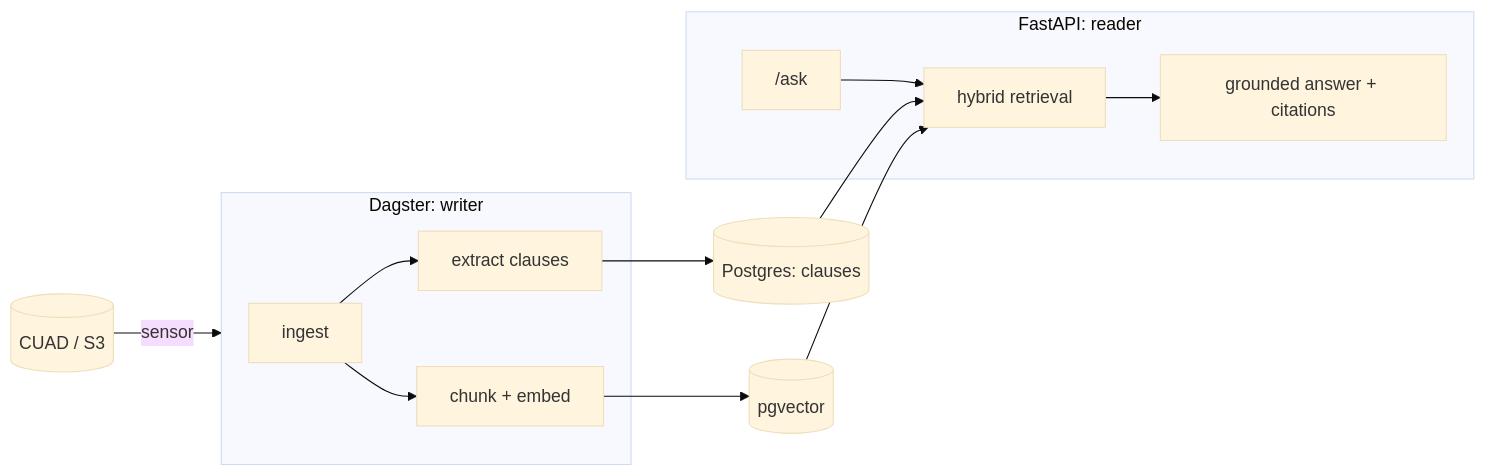
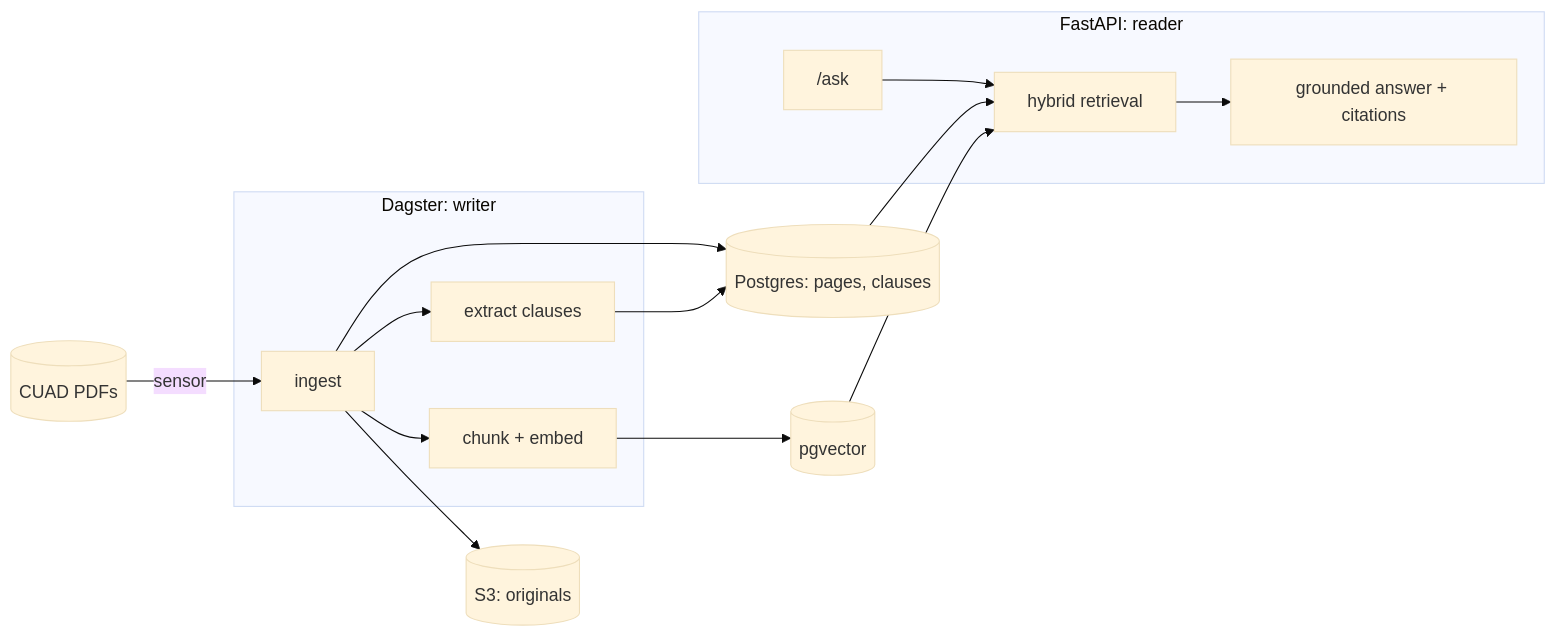
Before and after one commit to LuisRamirezColin/ai-rag-contracts: the diagram in README.md, drawn with Mermaid (base theme). The commit also changed other lines of this file and 55 other files, not shown here.

First line of the commit message:
feat(ingestion): ingest CUAD contracts into S3 and Postgres via Dagster

````diff
--- a/README.md
+++ b/README.md
@@ -17,15 +36,17 @@
 ```mermaid
 flowchart LR
-  S[(CUAD / S3)] -->|sensor| W
+  S[(CUAD PDFs)] -->|sensor| I
   subgraph W["Dagster: writer"]
     I[ingest] --> X[extract clauses]
     I --> E[chunk + embed]
   end
-  X --> PG[(Postgres: clauses)]
+  I --> S3[(S3: originals)]
+  I --> PG[(Postgres: pages, clauses)]
+  X --> PG
   E --> V[(pgvector)]
   subgraph R["FastAPI: reader"]
     Q["/ask"] --> H[hybrid retrieval] --> G[grounded answer + citations]
   end
   PG --> H
   V --> H
 ```
````
